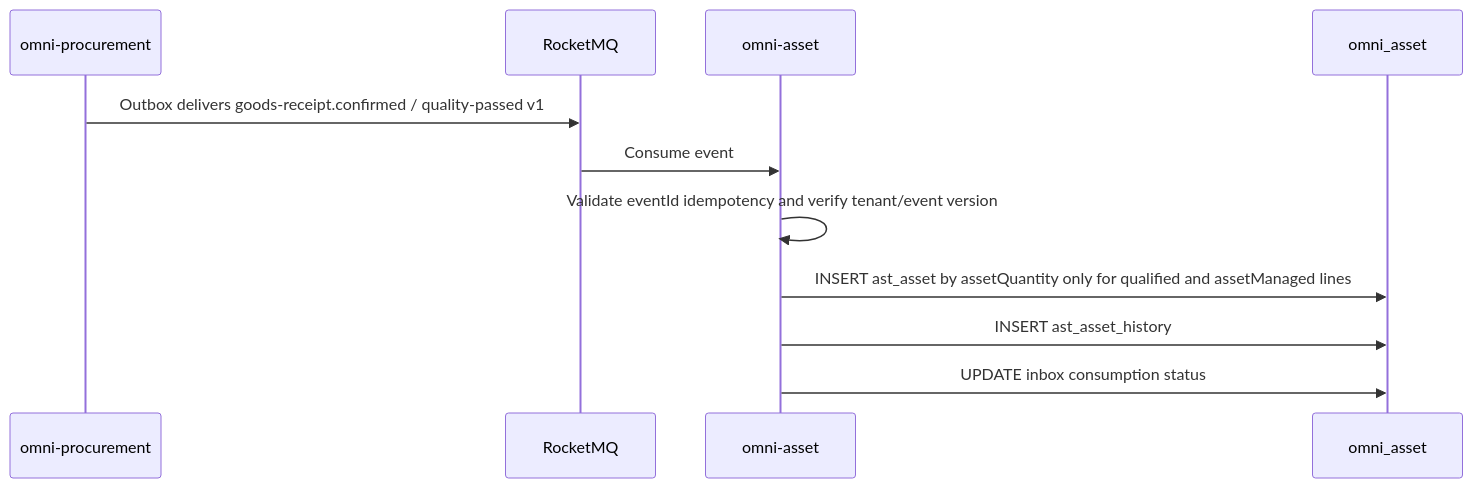
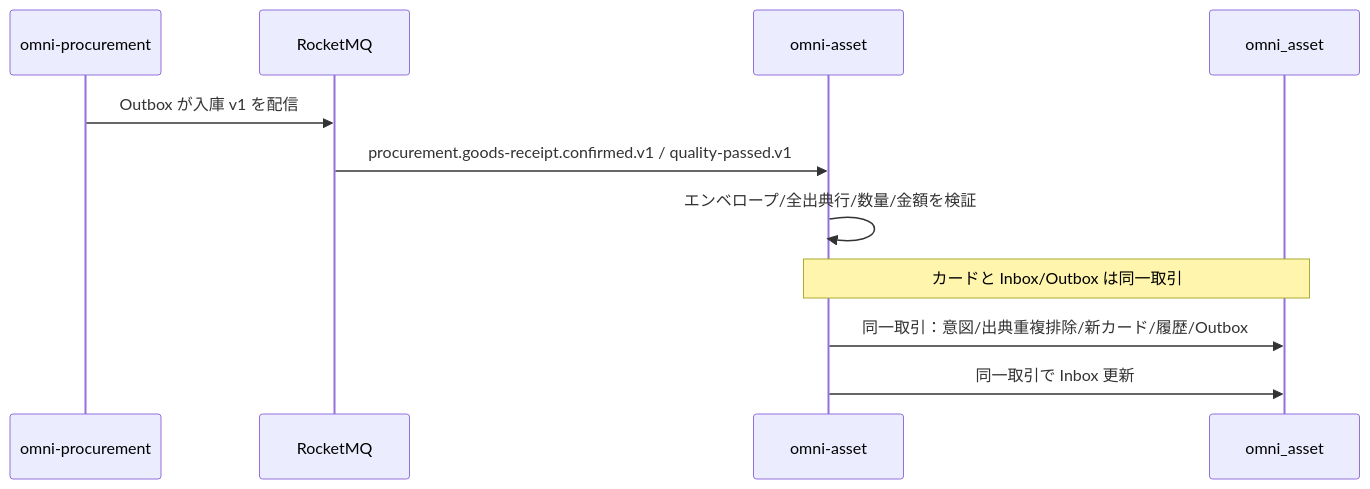
Before and after one commit to wang-baohai/Omni-Stack: the fourth of 6 diagrams in docs/design/asset-design.jp.md, drawn with Mermaid. The commit also changed other lines of this file and 1095 other files, not shown here.

````diff
--- a/docs/design/asset-design.jp.md
+++ b/docs/design/asset-design.jp.md
@@ -213,14 +216,13 @@
 ```mermaid
 sequenceDiagram
     participant PROC as omni-procurement
     participant MQ as RocketMQ
     participant ASSET as omni-asset
     participant DB as omni_asset
-
-    PROC->>MQ: Outbox delivers goods-receipt.confirmed / quality-passed v1
-    MQ->>ASSET: Consume event
-    ASSET->>ASSET: Validate eventId idempotency and verify tenant/event version
-    ASSET->>DB: INSERT ast_asset by assetQuantity only for qualified and assetManaged lines
-    ASSET->>DB: INSERT ast_asset_history
-    ASSET->>DB: UPDATE inbox consumption status
+    PROC->>MQ: Outbox が入庫 v1 を配信
+    MQ->>ASSET: procurement.goods-receipt.confirmed.v1 / quality-passed.v1
+    ASSET->>ASSET: エンベロープ/全出典行/数量/金額を検証
+    Note over ASSET,DB: カードと Inbox/Outbox は同一取引
+    ASSET->>DB: 同一取引：意図/出典重複排除/新カード/履歴/Outbox
+    ASSET->>DB: 同一取引で Inbox 更新
 ```
````
